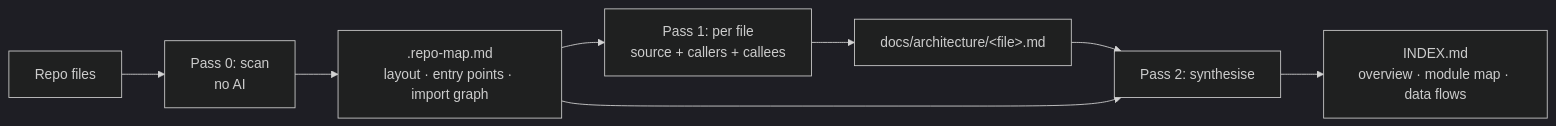
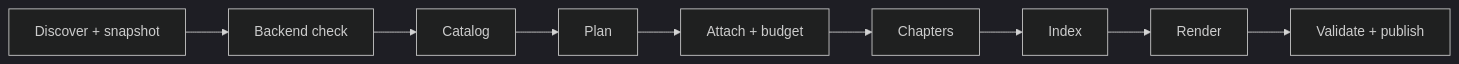
The diagram in README.md (ne1cc/repo-summarize), drawn with Mermaid (dark theme) before and after one commit. The commit also changed other lines of this file and 2 other files, not shown here.

````diff
--- a/README.md
+++ b/README.md
@@ -25,10 +23,11 @@
 ```mermaid
 flowchart LR
-  A[Repo files] --> B["Pass 0: scan<br/>no AI"]
-  B --> C[".repo-map.md<br/>layout · entry points · import graph"]
-  C --> D["Pass 1: per file<br/>source + callers + callees"]
-  D --> E["docs/architecture/&lt;file&gt;.md"]
-  E --> F["Pass 2: synthesise"]
-  C --> F
-  F --> G["INDEX.md<br/>overview · module map · data flows"]
+  A[Discover + snapshot] --> B[Backend check]
+  B --> C[Catalog]
+  C --> D[Plan]
+  D --> E[Attach + budget]
+  E --> F[Chapters]
+  F --> G[Index]
+  G --> H[Render]
+  H --> I[Validate + publish]
 ```
````
